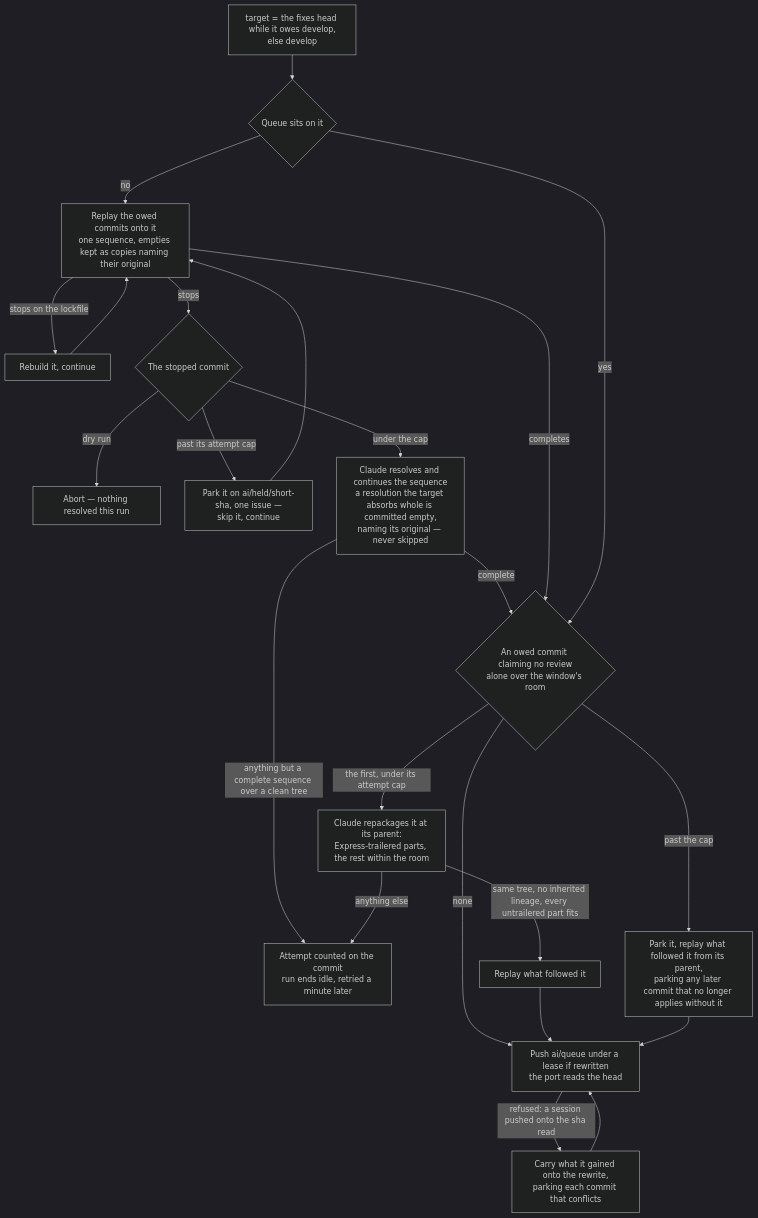
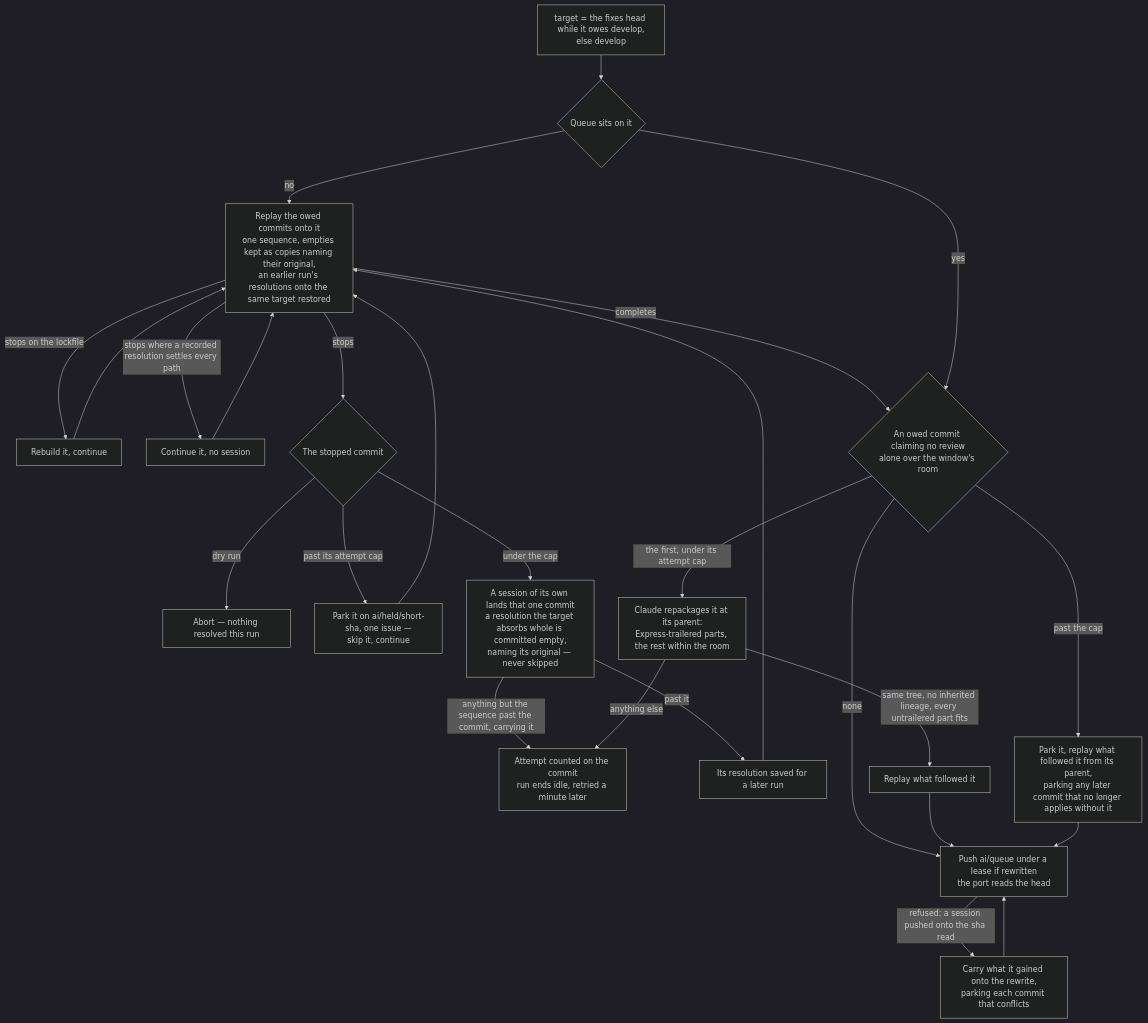
Before and after one commit to Esposter/Esposter: the second of 4 diagrams in apps/web/content/docs/infra/review-collector/collection-cycle.md, drawn with Mermaid (dark theme). The commit also changed other lines of this file and 15 other files, not shown here.

````diff
--- a/apps/web/content/docs/infra/review-collector/collection-cycle.md
+++ b/apps/web/content/docs/infra/review-collector/collection-cycle.md
@@ -97,20 +97,21 @@
 ```mermaid
 flowchart TD
   T[target = the fixes head while it owes develop,<br/>else develop] --> A{Queue sits on it}
-  A -->|no| R[Replay the owed commits onto it<br/>one sequence, empties kept as copies naming their original]
+  A -->|no| R[Replay the owed commits onto it<br/>one sequence, empties kept as copies naming their original,<br/>an earlier run's resolutions onto the same target restored]
   R -->|stops on the lockfile| LF[Rebuild it, continue] --> R
+  R -->|stops where a recorded resolution settles every path| RC[Continue it, no session] --> R
   R -->|stops| C{The stopped commit}
   C -->|dry run| AB[Abort — nothing resolved this run]
   C -->|past its attempt cap| PK[Park it on ai/held/short-sha, one issue —<br/>skip it, continue] --> R
-  C -->|under the cap| CL[Claude resolves and continues the sequence<br/>a resolution the target absorbs whole is committed empty,<br/>naming its original — never skipped]
-  CL -->|anything but a complete sequence over a clean tree| F[Attempt counted on the commit<br/>run ends idle, retried a minute later]
-  CL -->|complete| RS
+  C -->|under the cap| CL[A session of its own lands that one commit<br/>a resolution the target absorbs whole is committed empty,<br/>naming its original — never skipped]
+  CL -->|anything but the sequence past the commit, carrying it| F[Attempt counted on the commit<br/>run ends idle, retried a minute later]
+  CL -->|past it| SV[Its resolution saved for a later run] --> R
   R -->|completes| RS
   A -->|yes| RS{An owed commit claiming no review<br/>alone over the window's room}
   RS -->|none| P[Push ai/queue under a lease if rewritten<br/>the port reads the head]
   P -->|refused: a session pushed onto the sha read| G[Carry what it gained onto the rewrite,<br/>parking each commit that conflicts] --> P
   RS -->|the first, under its attempt cap| SH[Claude repackages it at its parent:<br/>Express-trailered parts, the rest within the room]
   SH -->|same tree, no inherited lineage, every untrailered part fits| RP[Replay what followed it] --> P
   SH -->|anything else| F
   RS -->|past the cap| PR[Park it, replay what followed it from its parent,<br/>parking any later commit that no longer applies without it] --> P
 ```
````
